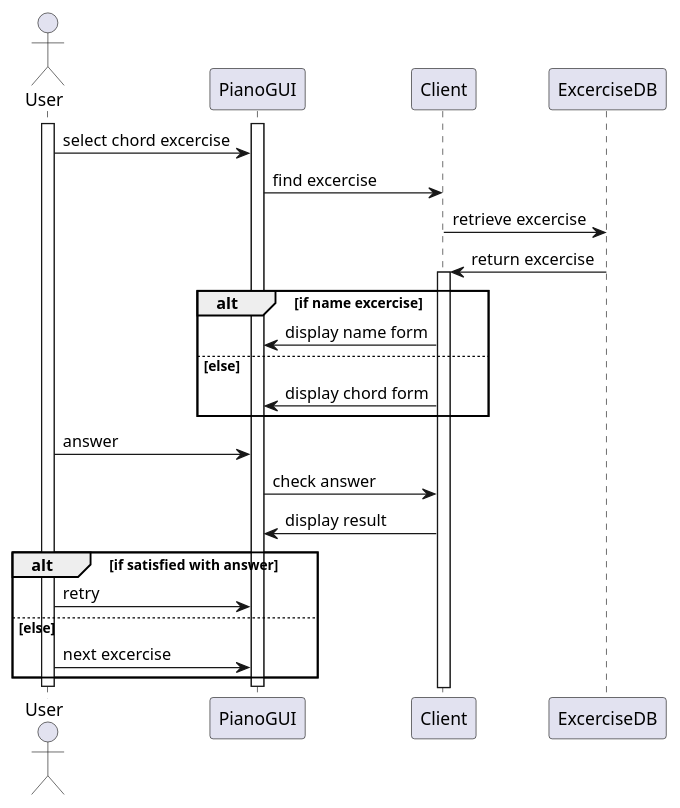
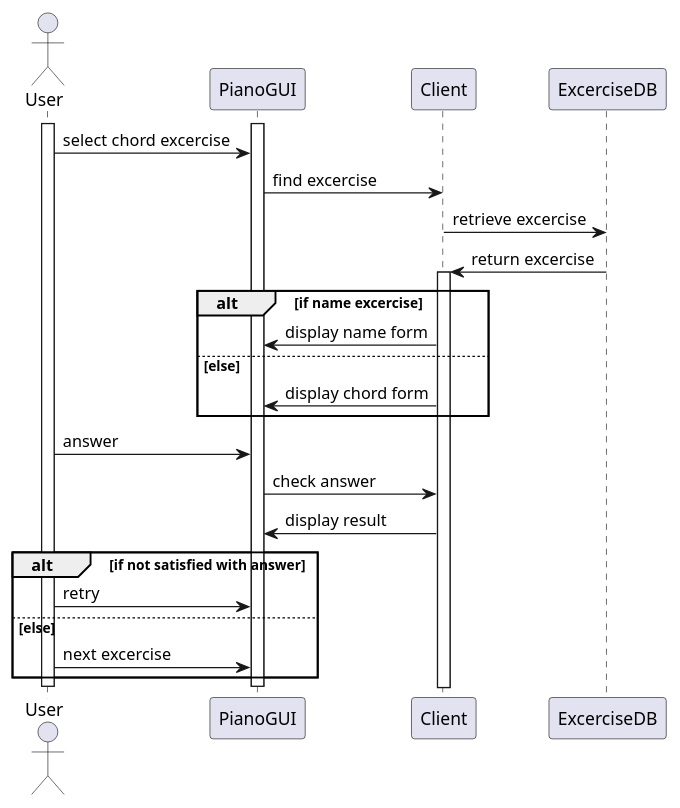
Before and after one commit to devinchristianson/daj: the diagram in docs/uml/chordExcerciseSequenceAnalysis.pu, drawn with PlantUML. The commit also changed 5 other files, not shown here.

Commit message:
excercise sequence diagram

```diff
--- a/docs/uml/chordExcerciseSequenceAnalysis.pu
+++ b/docs/uml/chordExcerciseSequenceAnalysis.pu
@@ -1,28 +1,28 @@
 @startuml
 actor User
 participant PianoGUI
 participant Client
 participant ExcerciseDB
 activate User
 activate PianoGUI
 User -> PianoGUI: select chord excercise
 PianoGUI -> Client: find excercise
 Client -> ExcerciseDB: retrieve excercise
 ExcerciseDB -> Client: return excercise
 activate Client
 alt if name excercise
 Client -> PianoGUI: display name form
 else else
 Client -> PianoGUI: display chord form
 end
 User -> PianoGUI: answer
 PianoGUI -> Client: check answer
 Client -> PianoGUI: display result
-alt if satisfied with answer
+alt if not satisfied with answer
 User -> PianoGUI: retry
 else else
 User -> PianoGUI: next excercise
 end
 deactivate PianoGUI
 deactivate User
 @enduml
```
